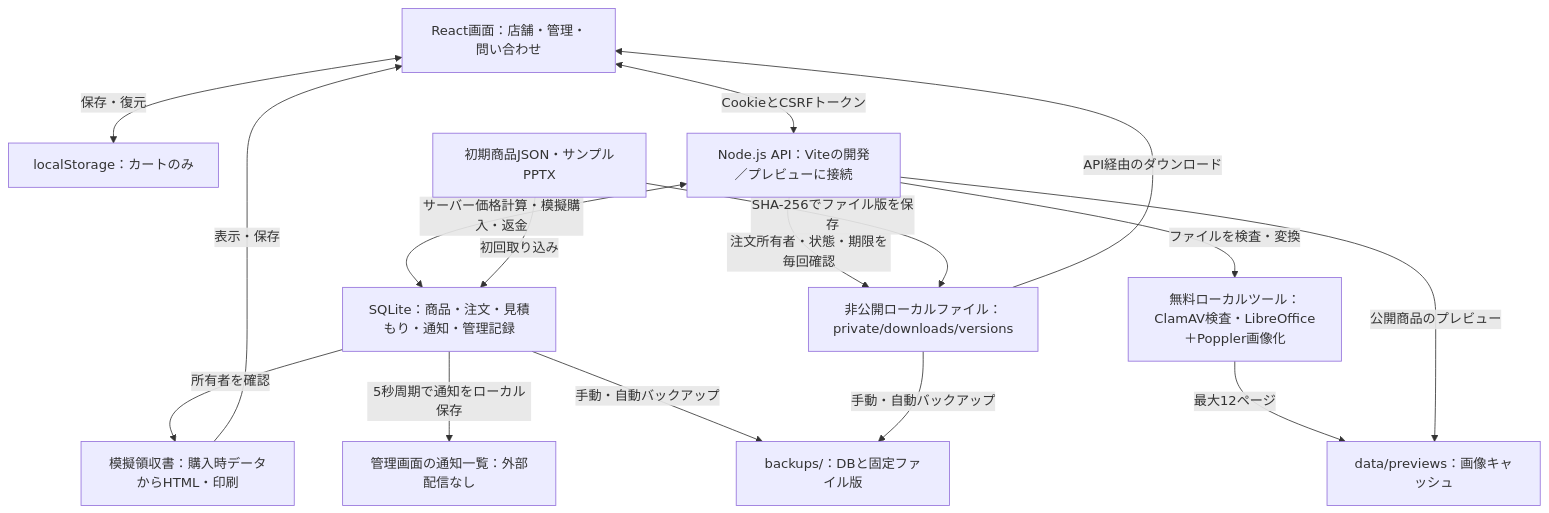
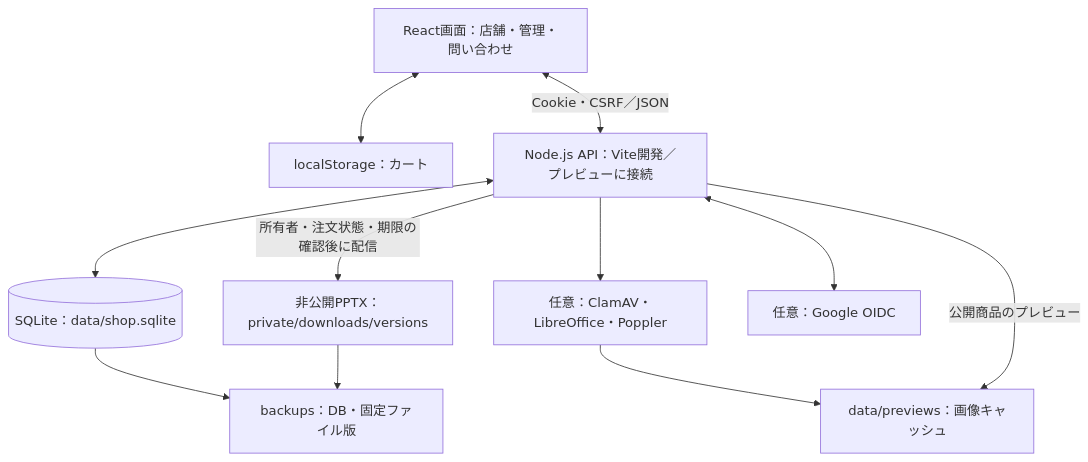
The second of 3 diagrams in README.md (tamina0624-study/ec_site_sample), drawn with Mermaid before and after one commit. The commit also changed other lines of this file and 68 other files, not shown here.

````diff
--- a/README.md
+++ b/README.md
@@ -180,29 +84,22 @@
 ```mermaid
 flowchart TD
-    browser["React画面：店舗・管理・問い合わせ"]
-    cart["localStorage：カートのみ"]
-    api["Node.js API：Viteの開発／プレビューに接続"]
-    db["SQLite：商品・注文・見積もり・通知・管理記録"]
-    files["非公開ローカルファイル：private/downloads/versions"]
-    inbox["管理画面の通知一覧：外部配信なし"]
-    assets["無料ローカルツール：ClamAV検査・LibreOffice＋Poppler画像化"]
-    previews["data/previews：画像キャッシュ"]
-    receipt["模擬領収書：購入時データからHTML・印刷"]
-    seed["初期商品JSON・サンプルPPTX"]
-    backup["backups/：DBと固定ファイル版"]
-    browser <-->|保存・復元| cart
-    browser <-->|CookieとCSRFトークン| api
-    api <-->|サーバー価格計算・模擬購入・返金| db
-    api -->|ファイルを検査・変換| assets
-    assets -->|最大12ページ| previews
-    api -->|公開商品のプレビュー| previews
-    db -->|所有者を確認| receipt
-    receipt -->|表示・保存| browser
-    api -->|注文所有者・状態・期限を毎回確認| files
-    files -->|API経由のダウンロード| browser
-    db -->|5秒周期で通知をローカル保存| inbox
-    seed -->|初回取り込み| db
-    seed -->|SHA-256でファイル版を保存| files
-    db -->|手動・自動バックアップ| backup
-    files -->|手動・自動バックアップ| backup
+    UI[React画面：店舗・管理・問い合わせ]
+    CART[localStorage：カート]
+    API[Node.js API：Vite開発／プレビューに接続]
+    DB[(SQLite：data/shop.sqlite)]
+    FILES[非公開PPTX：private/downloads/versions]
+    TOOLS[任意：ClamAV・LibreOffice・Poppler]
+    IMAGE[data/previews：画像キャッシュ]
+    GOOGLE[任意：Google OIDC]
+    BACKUP[backups：DB・固定ファイル版]
+    UI <--> CART
+    UI <-->|Cookie・CSRF／JSON| API
+    API <--> DB
+    API -->|所有者・注文状態・期限の確認後に配信| FILES
+    API --> TOOLS
+    TOOLS --> IMAGE
+    API -->|公開商品のプレビュー| IMAGE
+    API <--> GOOGLE
+    DB --> BACKUP
+    FILES --> BACKUP
 ```
````
